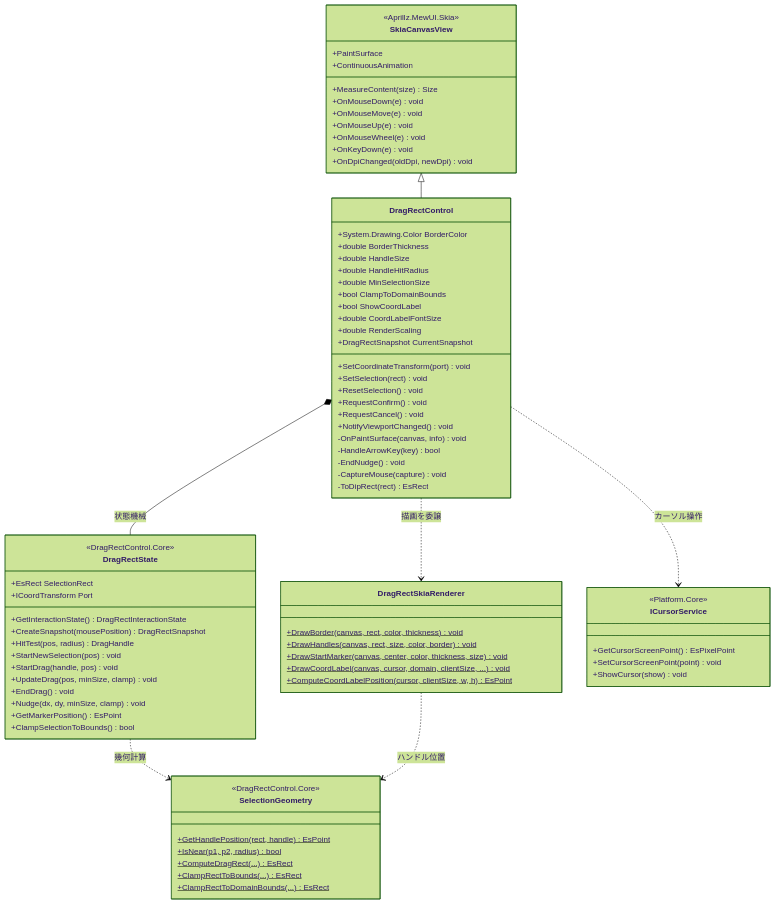
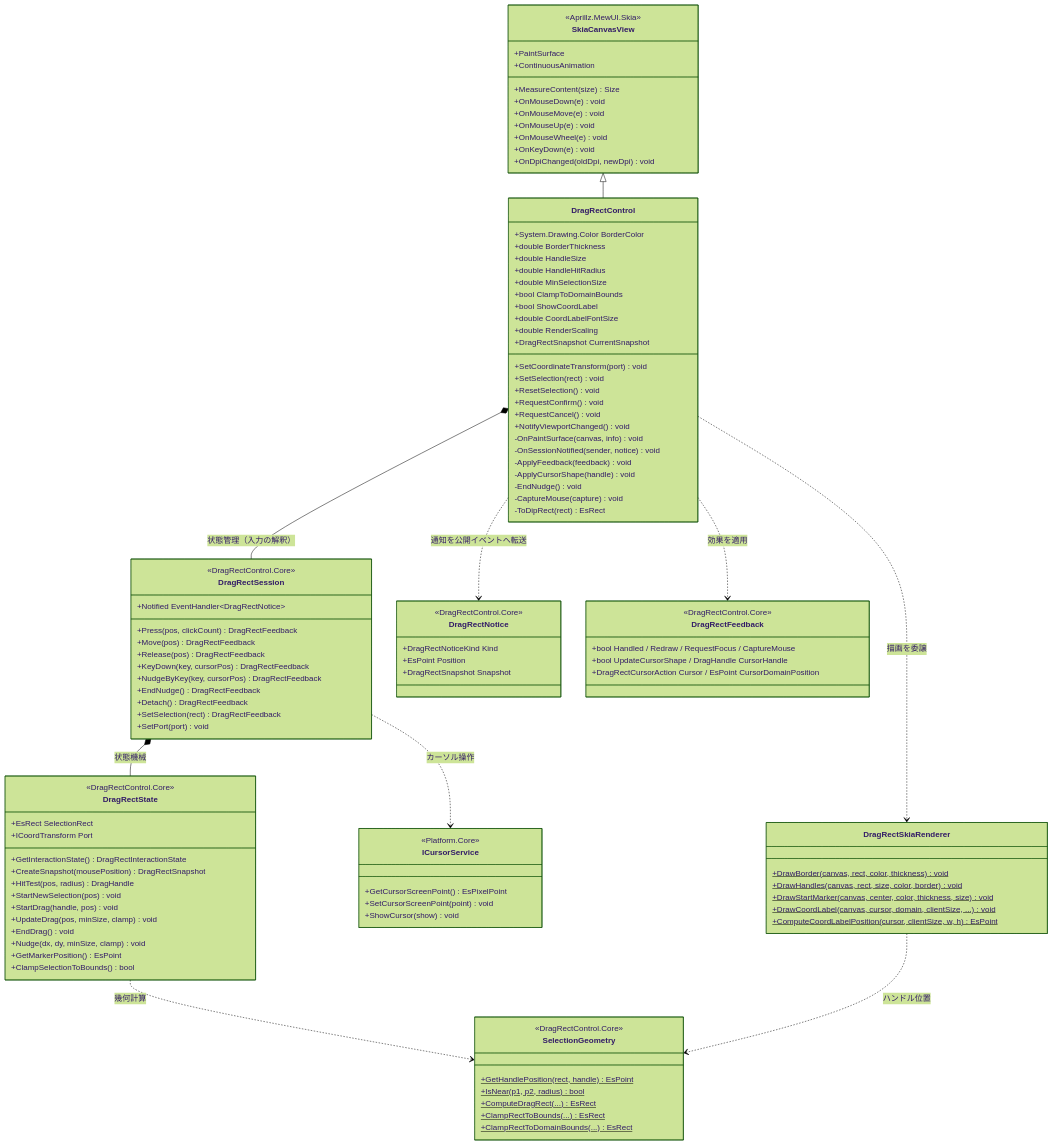
Before and after one commit to tomokuni/SaveEvidence: the first of 4 diagrams in src/DragRectControl.MewUI/SPEC_System.md, drawn with Mermaid (forest theme). The commit also changed other lines of this file and 25 other files, not shown here.

````diff
--- a/src/DragRectControl.MewUI/SPEC_System.md
+++ b/src/DragRectControl.MewUI/SPEC_System.md
@@ -123,10 +126,37 @@
         +RequestCancel() void
         +NotifyViewportChanged() void
         -OnPaintSurface(canvas, info) void
-        -HandleArrowKey(key) bool
+        -OnSessionNotified(sender, notice) void
+        -ApplyFeedback(feedback) void
+        -ApplyCursorShape(handle) void
         -EndNudge() void
         -CaptureMouse(capture) void
         -ToDipRect(rect) EsRect
+    }
+    class DragRectSession {
+        <<DragRectControl.Core>>
+        +Press(pos, clickCount) DragRectFeedback
+        +Move(pos) DragRectFeedback
+        +Release(pos) DragRectFeedback
+        +KeyDown(key, cursorPos) DragRectFeedback
+        +NudgeByKey(key, cursorPos) DragRectFeedback
+        +EndNudge() DragRectFeedback
+        +Detach() DragRectFeedback
+        +SetSelection(rect) DragRectFeedback
+        +SetPort(port) void
+        +Notified EventHandler~DragRectNotice~
+    }
+    class DragRectNotice {
+        <<DragRectControl.Core>>
+        +DragRectNoticeKind Kind
+        +EsPoint Position
+        +DragRectSnapshot Snapshot
+    }
+    class DragRectFeedback {
+        <<DragRectControl.Core>>
+        +bool Handled / Redraw / RequestFocus / CaptureMouse
+        +bool UpdateCursorShape / DragHandle CursorHandle
+        +DragRectCursorAction Cursor / EsPoint CursorDomainPosition
     }
     class DragRectSkiaRenderer {
         +DrawBorder(canvas, rect, color, thickness)$ void
@@ -166,9 +196,12 @@
     }
 
     SkiaCanvasView <|-- DragRectControl
-    DragRectControl *-- DragRectState : 状態機械
+    DragRectControl *-- DragRectSession : 状態管理（入力の解釈）
+    DragRectControl ..> DragRectNotice : 通知を公開イベントへ転送
+    DragRectControl ..> DragRectFeedback : 効果を適用
     DragRectControl ..> DragRectSkiaRenderer : 描画を委譲
-    DragRectControl ..> ICursorService : カーソル操作
+    DragRectSession *-- DragRectState : 状態機械
+    DragRectSession ..> ICursorService : カーソル操作
     DragRectState ..> SelectionGeometry : 幾何計算
     DragRectSkiaRenderer ..> SelectionGeometry : ハンドル位置
 ```
````
